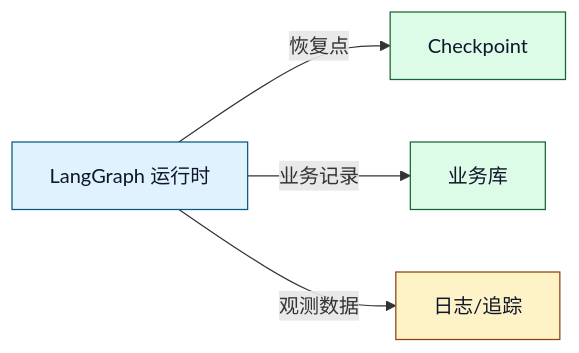
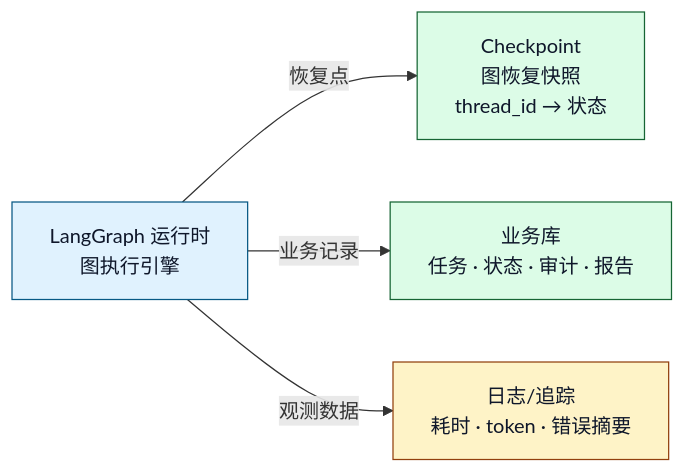
The ninth of 13 diagrams in ai-agent学习/06.LangGraph入门/16.LangGraph业务落地项目架构.md (sealzrt/2026-08--agent), drawn with Mermaid before and after one commit. The commit also changed other lines of this file and 13 other files, not shown here.

````diff
--- a/ai-agent学习/06.LangGraph入门/16.LangGraph业务落地项目架构.md
+++ b/ai-agent学习/06.LangGraph入门/16.LangGraph业务落地项目架构.md
@@ -292,12 +346,12 @@
 ```mermaid
 flowchart LR
-    Runtime[LangGraph 运行时] -->|恢复点| Checkpoint[Checkpoint]
-    Runtime -->|业务记录| Business[业务库]
-    Runtime -->|观测数据| Logs[日志/追踪]
+    Runtime["LangGraph 运行时<br/>图执行引擎"] -->|恢复点| Checkpoint["Checkpoint<br/>图恢复快照<br/>thread_id → 状态"]
+    Runtime -->|业务记录| Business["业务库<br/>任务 · 状态 · 审计 · 报告"]
+    Runtime -->|观测数据| Logs["日志/追踪<br/>耗时 · token · 错误摘要"]
     classDef core fill:#e0f2fe,stroke:#075985,color:#0f172a
     classDef cap fill:#dcfce7,stroke:#166534,color:#0f172a
     classDef biz fill:#fef3c7,stroke:#92400e,color:#0f172a
     class Runtime core
     class Checkpoint,Business cap
     class Logs biz
 ```
````
